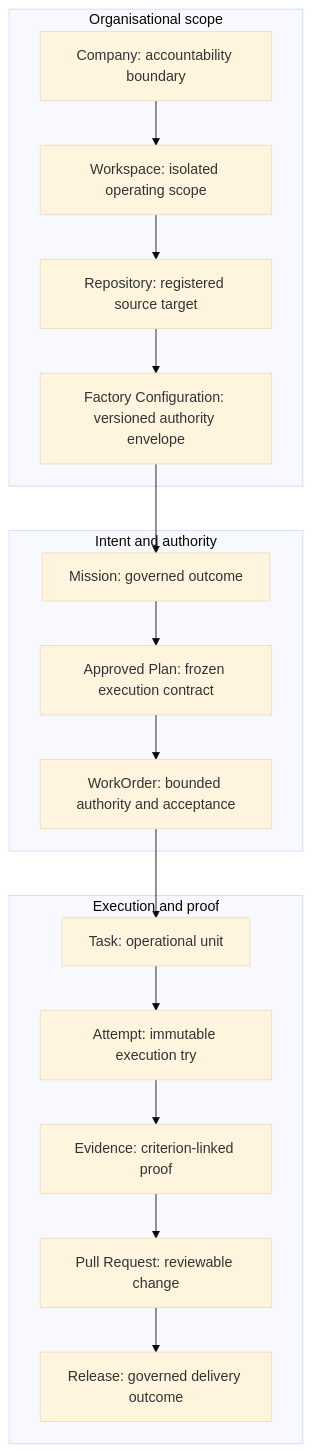
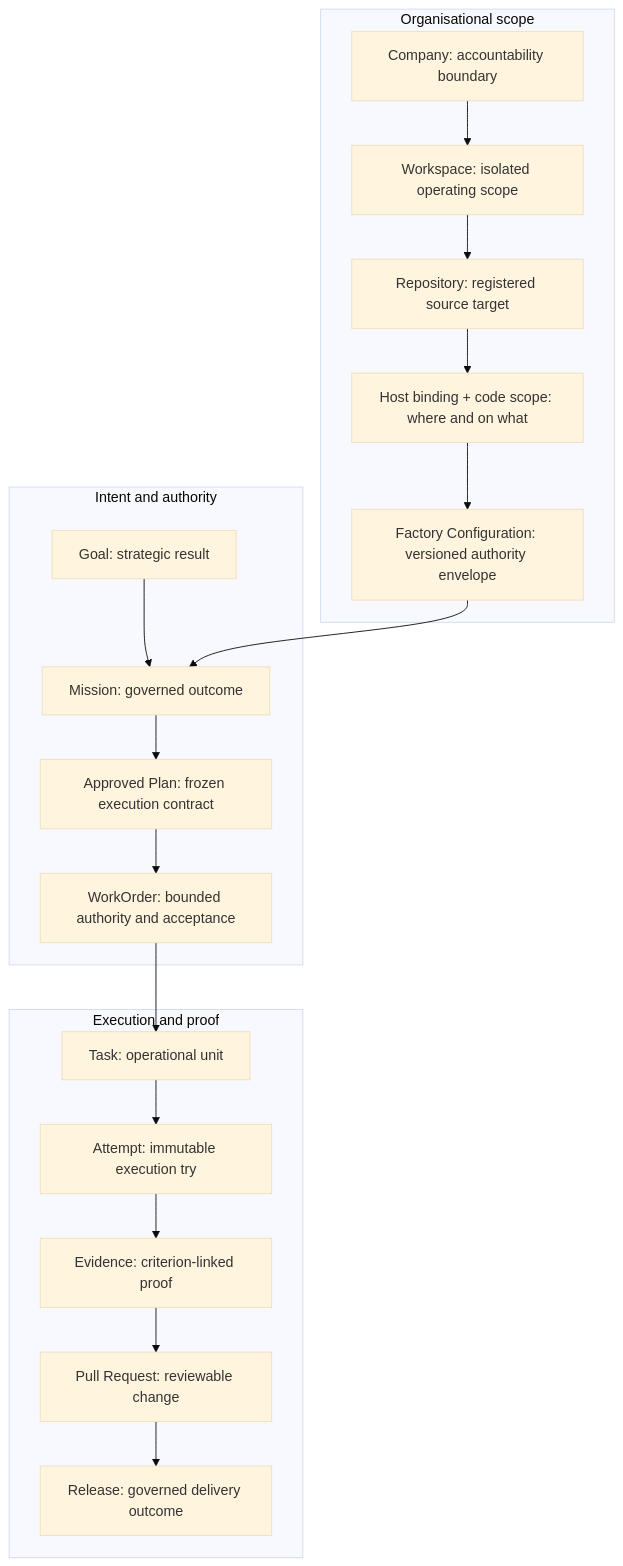
Before and after one commit to jaydubya818/ai-software-factory-mastery: the first of 6 diagrams in guide/02-design/05-authoritative-records.md, drawn with Mermaid (base theme). The commit also changed other lines of this file and 11 other files, not shown here.

````diff
--- a/guide/02-design/05-authoritative-records.md
+++ b/guide/02-design/05-authoritative-records.md
@@ -41,24 +43,27 @@
 ```mermaid
 flowchart TB
     subgraph Scope["Organisational scope"]
         Company["Company: accountability boundary"]
         Workspace["Workspace: isolated operating scope"]
         Repository["Repository: registered source target"]
+        Host["Host binding + code scope: where and on what"]
         Config["Factory Configuration: versioned authority envelope"]
     end
     subgraph Intent["Intent and authority"]
+        Goal["Goal: strategic result"]
         Mission["Mission: governed outcome"]
         Plan["Approved Plan: frozen execution contract"]
         WO["WorkOrder: bounded authority and acceptance"]
     end
     subgraph Proof["Execution and proof"]
         Task["Task: operational unit"]
         Attempt["Attempt: immutable execution try"]
         Evidence["Evidence: criterion-linked proof"]
         PR["Pull Request: reviewable change"]
         Release["Release: governed delivery outcome"]
     end
-    Company --> Workspace --> Repository --> Config
+    Company --> Workspace --> Repository --> Host --> Config
+    Goal --> Mission
     Config --> Mission --> Plan --> WO --> Task --> Attempt
     Attempt --> Evidence --> PR --> Release
 ```
````
